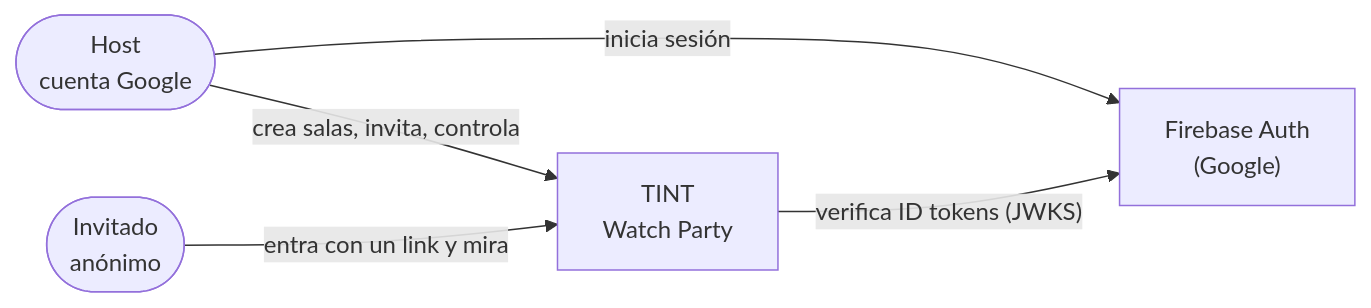
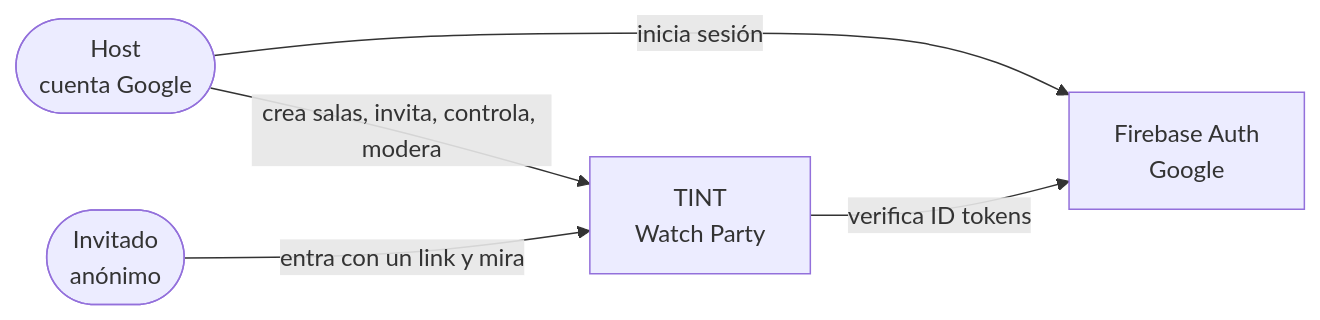
Before and after one commit to N1ghtlyC0de/TINT: the first of 7 diagrams in docs/arquitectura.md, drawn with Mermaid. The commit also changed other lines of this file, not shown here.

````diff
--- a/docs/arquitectura.md
+++ b/docs/arquitectura.md
@@ -8,12 +21,12 @@
 ```mermaid
 flowchart LR
     HOST(["Host<br/>cuenta Google"])
     GUEST(["Invitado<br/>anónimo"])
     TINT["TINT<br/>Watch Party"]
-    FIREBASE["Firebase Auth<br/>(Google)"]
+    FIREBASE["Firebase Auth<br/>Google"]
 
-    HOST -- "crea salas, invita, controla" --> TINT
+    HOST -- "crea salas, invita, controla, modera" --> TINT
     GUEST -- "entra con un link y mira" --> TINT
     HOST -- "inicia sesión" --> FIREBASE
-    TINT -- "verifica ID tokens (JWKS)" --> FIREBASE
+    TINT -- "verifica ID tokens" --> FIREBASE
 ```
````
